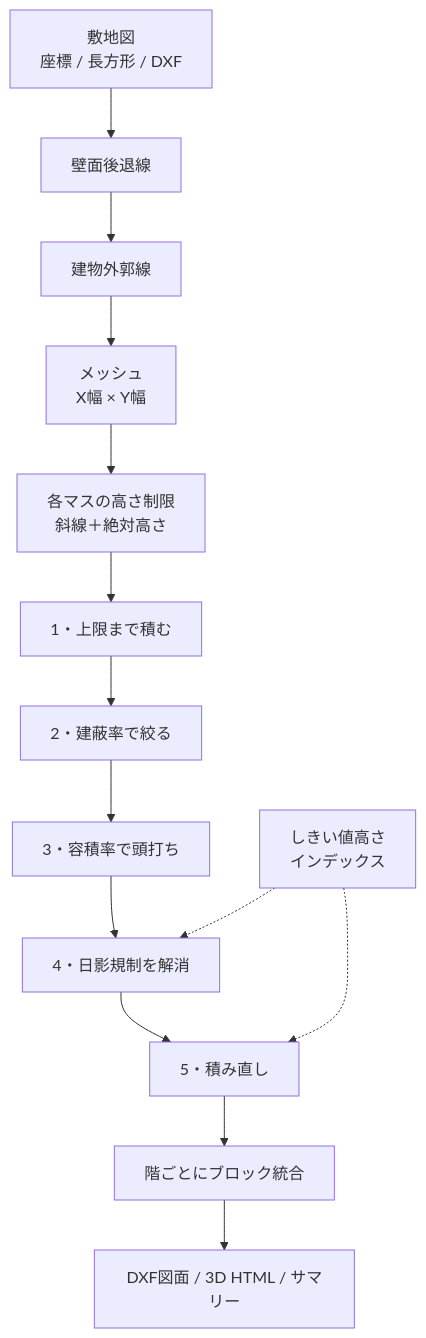
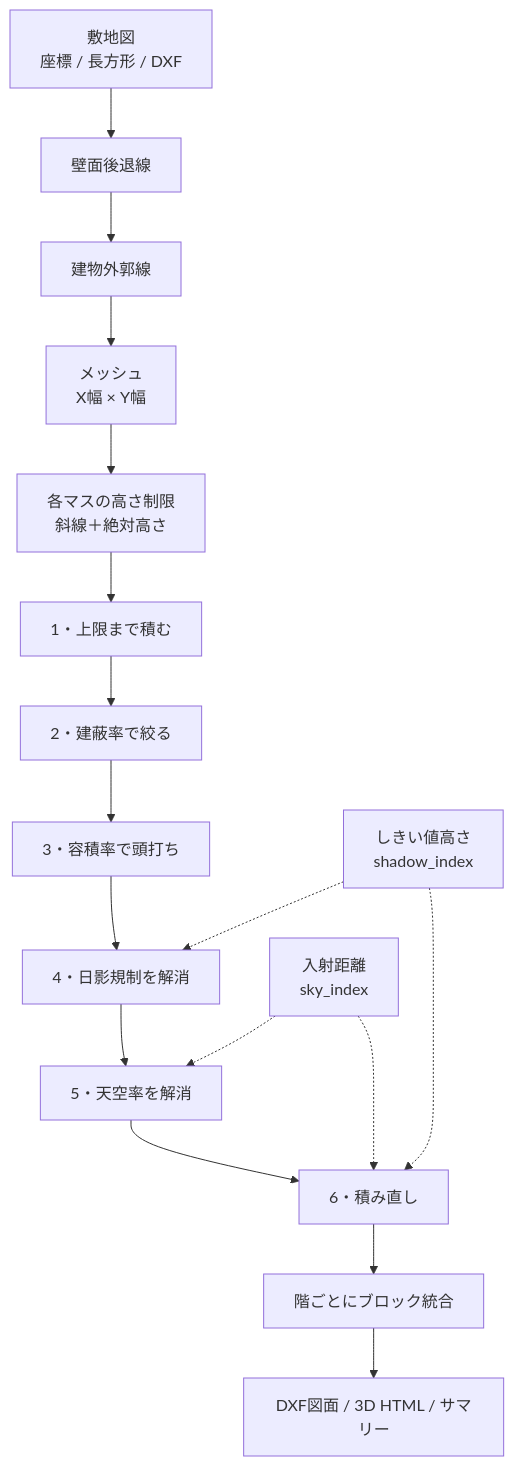
Before and after one commit to naoki-ohashi/sim: the diagram in docs/mve/design_spec.md, drawn with Mermaid. The commit also changed other lines of this file and 13 other files, not shown here.

````diff
--- a/docs/mve/design_spec.md
+++ b/docs/mve/design_spec.md
@@ -325,17 +329,20 @@
 ```mermaid
 flowchart TD
     A[敷地図<br/>座標 / 長方形 / DXF] --> B[壁面後退線]
     B --> C[建物外郭線]
     C --> D[メッシュ<br/>X幅 × Y幅]
     D --> E[各マスの高さ制限<br/>斜線＋絶対高さ]
     E --> F[1・上限まで積む]
     F --> G[2・建蔽率で絞る]
     G --> H[3・容積率で頭打ち]
     H --> I[4・日影規制を解消]
-    I --> J[5・積み直し]
+    I --> S[5・天空率を解消]
+    S --> J[6・積み直し]
     J --> K[階ごとにブロック統合]
     K --> L[DXF図面 / 3D HTML / サマリー]
 
-    M[しきい値高さ<br/>インデックス] -.-> I
+    M[しきい値高さ<br/>shadow_index] -.-> I
     M -.-> J
+    N[入射距離<br/>sky_index] -.-> S
+    N -.-> J
 ```
````
